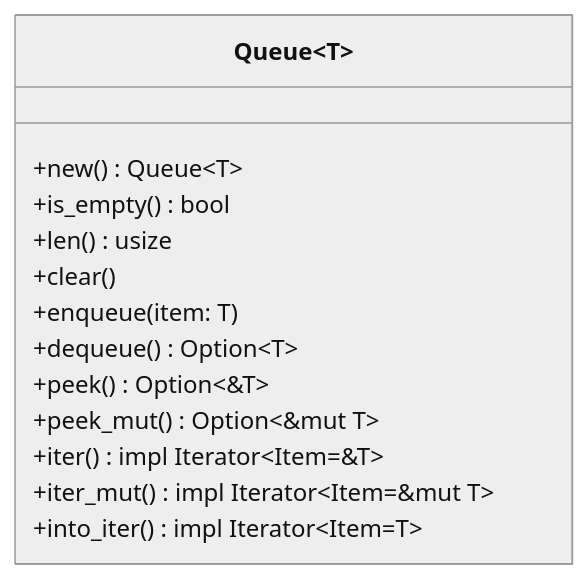
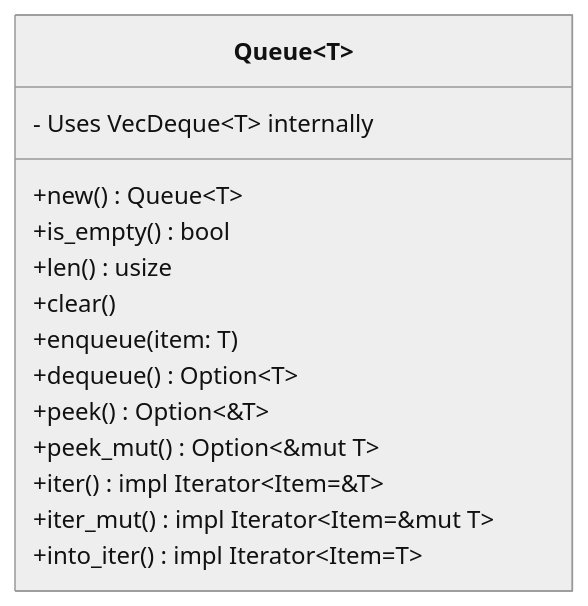
Before and after one commit to wassimans/algorithms-and-data-structures-in-rust: the fourth of 4 diagrams in README.md, drawn with Mermaid (neutral theme). The commit also changed other lines of this file, not shown here.

Commit message:
Add sequence diagrams for Stack and Queue

````diff
--- a/README.md
+++ b/README.md
@@ -56,16 +92,17 @@
 ```mermaid
 classDiagram
     class Queue~T~ {
+        - Uses VecDeque~T~ internally
         +new() Queue~T~
         +is_empty() bool
         +len() usize
         +clear()
         +enqueue(item: T)
         +dequeue() Option~T~
         +peek() Option~&T~
         +peek_mut() Option~&mut T~
         +iter() impl Iterator~Item=&T~
         +iter_mut() impl Iterator~Item=&mut T~
         +into_iter() impl Iterator~Item=T~
     }
 ```
````
